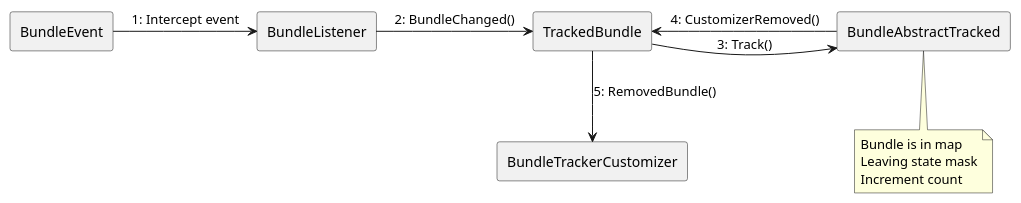
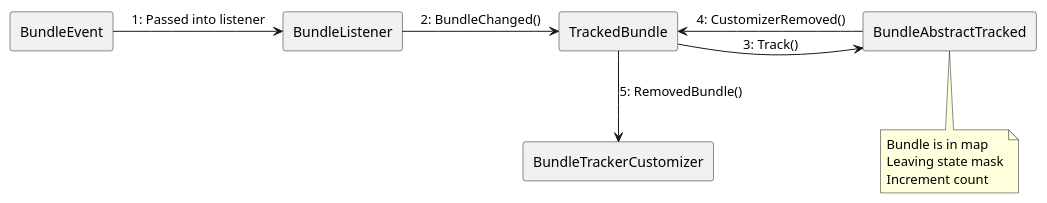
Before and after one commit to CppMicroServices/rfcs: the diagram in text/0009-BundleTracker-integration/rem_bundletracker.puml, drawn with PlantUML. The commit also changed 6 other files, not shown here.

```diff
--- a/text/0009-BundleTracker-integration/rem_bundletracker.puml
+++ b/text/0009-BundleTracker-integration/rem_bundletracker.puml
@@ -1,20 +1,20 @@
 @startuml rembundle_diagram
 
 rectangle "BundleEvent" as BE
 rectangle "BundleListener" as BL
 'rectangle "BundleTracker" as BT
 'rectangle "BundleTrackerPrivate" as BTP
 rectangle "TrackedBundle" as TB
 'rectangle "BundleContext" as BC
 rectangle "BundleAbstractTracked" as BAT
 rectangle "BundleTrackerCustomizer" as BTC
 
-BE -> BL : 1: Intercept event
+BE -> BL : 1: Passed into listener
 BL -> TB : 2: BundleChanged()
 TB -> BAT : 3: Track()
 TB <- BAT: 4: CustomizerRemoved()
 TB -d-> BTC : 5: RemovedBundle()
 
 note bottom of BAT : Bundle is in map\nLeaving state mask\nIncrement count
 
 @enduml
```
